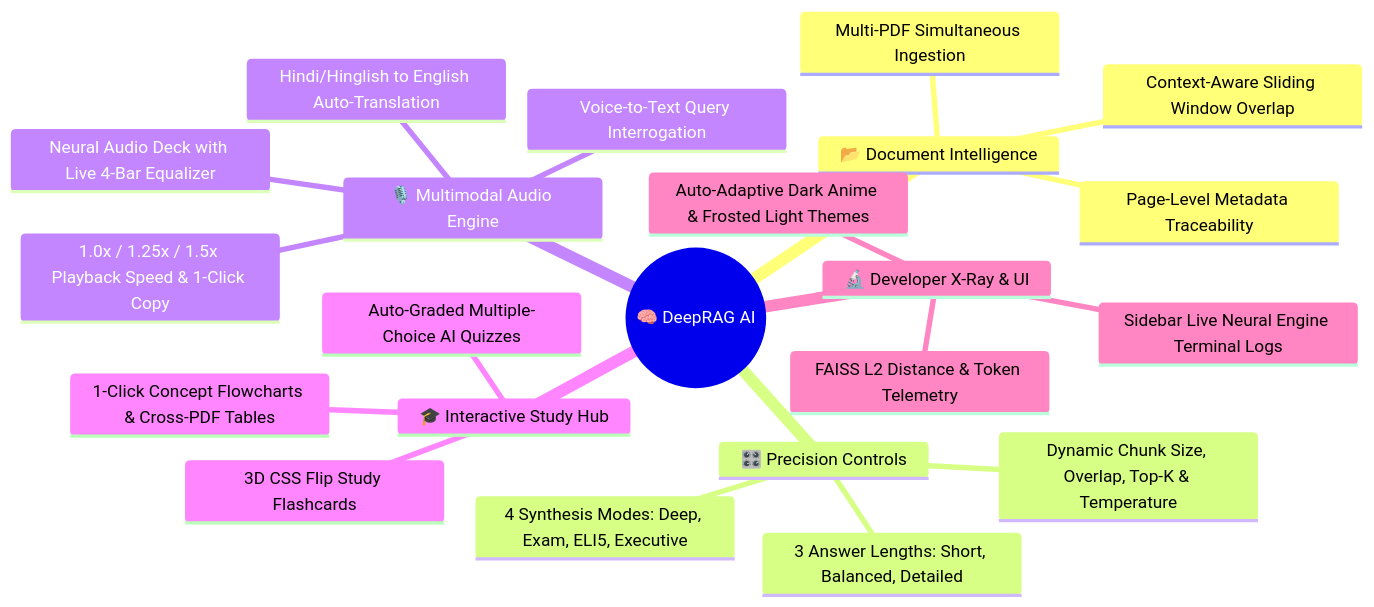
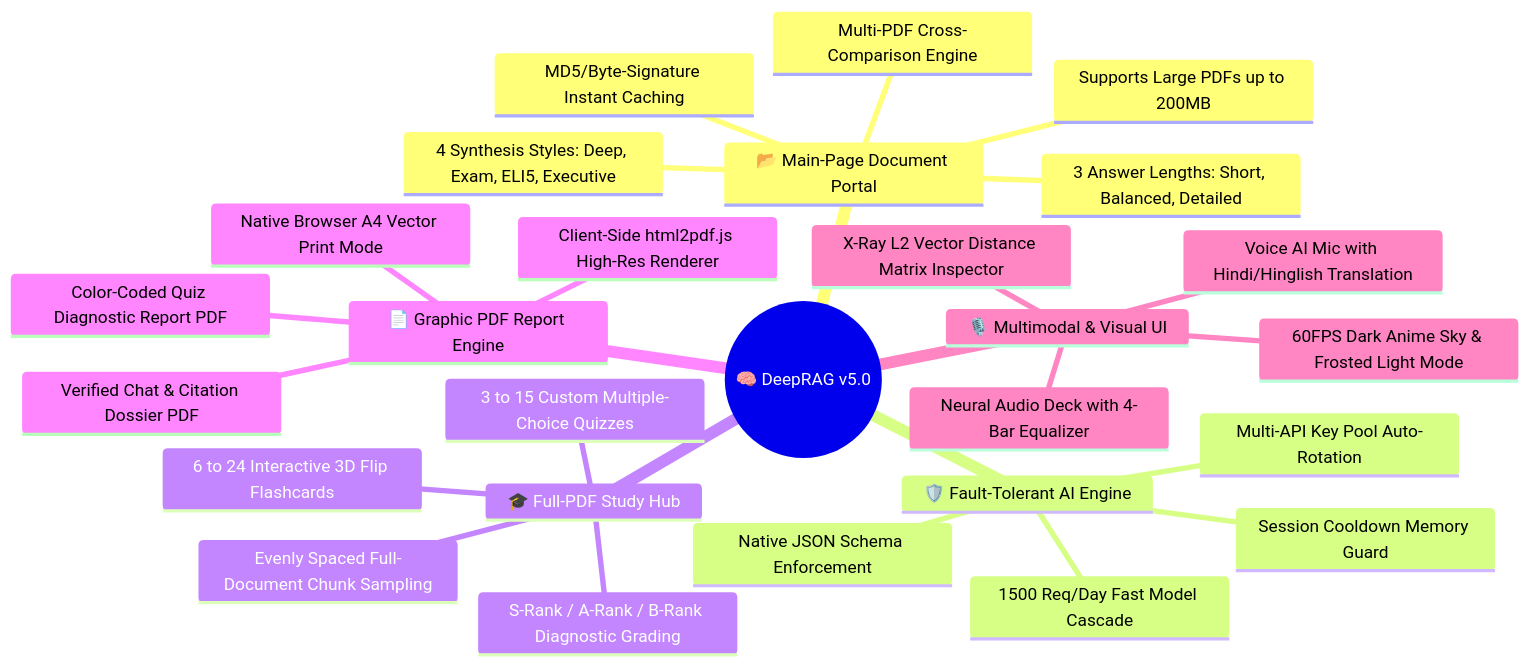
Before and after one commit to deeprxx/VeriRAG: the fourth of 4 diagrams in README.md, drawn with Mermaid. The commit also changed other lines of this file, not shown here.

````diff
--- a/README.md
+++ b/README.md
@@ -129,25 +201,30 @@
 ```mermaid
 mindmap
-  root((🧠 DeepRAG AI))
-    📂 Document Intelligence
-      Multi-PDF Simultaneous Ingestion
-      Page-Level Metadata Traceability
-      Context-Aware Sliding Window Overlap
-    🎛️ Precision Controls
-      4 Synthesis Modes: Deep, Exam, ELI5, Executive
+  root((🧠 DeepRAG v5.0))
+    📂 Main-Page Document Portal
+      Supports Large PDFs up to 200MB
+      MD5/Byte-Signature Instant Caching
+      Multi-PDF Cross-Comparison Engine
       3 Answer Lengths: Short, Balanced, Detailed
-      Dynamic Chunk Size, Overlap, Top-K & Temperature
-    🎙️ Multimodal Audio Engine
-      Voice-to-Text Query Interrogation
-      Hindi/Hinglish to English Auto-Translation
-      Neural Audio Deck with Live 4-Bar Equalizer
-      1.0x / 1.25x / 1.5x Playback Speed & 1-Click Copy
-    🎓 Interactive Study Hub
-      3D CSS Flip Study Flashcards
-      Auto-Graded Multiple-Choice AI Quizzes
-      1-Click Concept Flowcharts & Cross-PDF Tables
-    🔬 Developer X-Ray & UI
-      FAISS L2 Distance & Token Telemetry
-      Sidebar Live Neural Engine Terminal Logs
-      Auto-Adaptive Dark Anime & Frosted Light Themes
+      4 Synthesis Styles: Deep, Exam, ELI5, Executive
+    🛡️ Fault-Tolerant AI Engine
+      Multi-API Key Pool Auto-Rotation
+      1500 Req/Day Fast Model Cascade
+      Session Cooldown Memory Guard
+      Native JSON Schema Enforcement
+    🎓 Full-PDF Study Hub
+      6 to 24 Interactive 3D Flip Flashcards
+      3 to 15 Custom Multiple-Choice Quizzes
+      Evenly Spaced Full-Document Chunk Sampling
+      S-Rank / A-Rank / B-Rank Diagnostic Grading
+    📄 Graphic PDF Report Engine
+      Client-Side html2pdf.js High-Res Renderer
+      Native Browser A4 Vector Print Mode
+      Color-Coded Quiz Diagnostic Report PDF
+      Verified Chat & Citation Dossier PDF
+    🎙️ Multimodal & Visual UI
+      Voice AI Mic with Hindi/Hinglish Translation
+      Neural Audio Deck with 4-Bar Equalizer
+      60FPS Dark Anime Sky & Frosted Light Mode
+      X-Ray L2 Vector Distance Matrix Inspector
 ```
````
